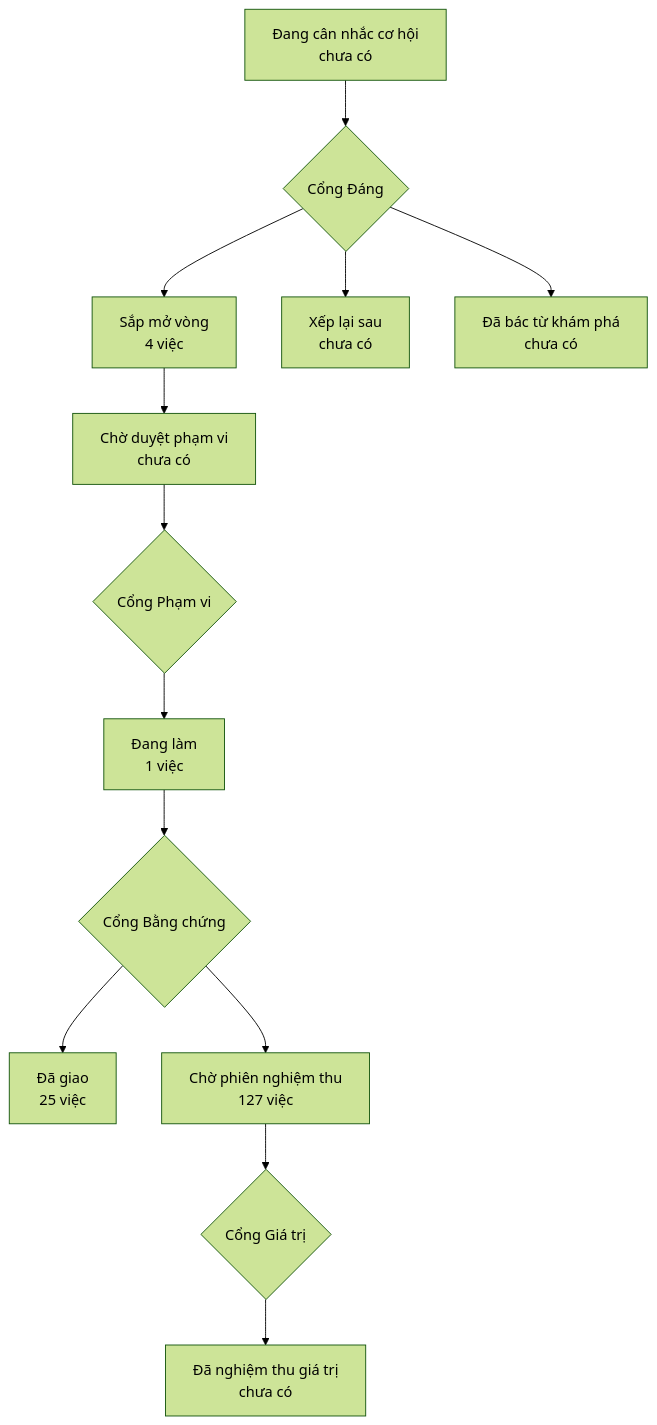
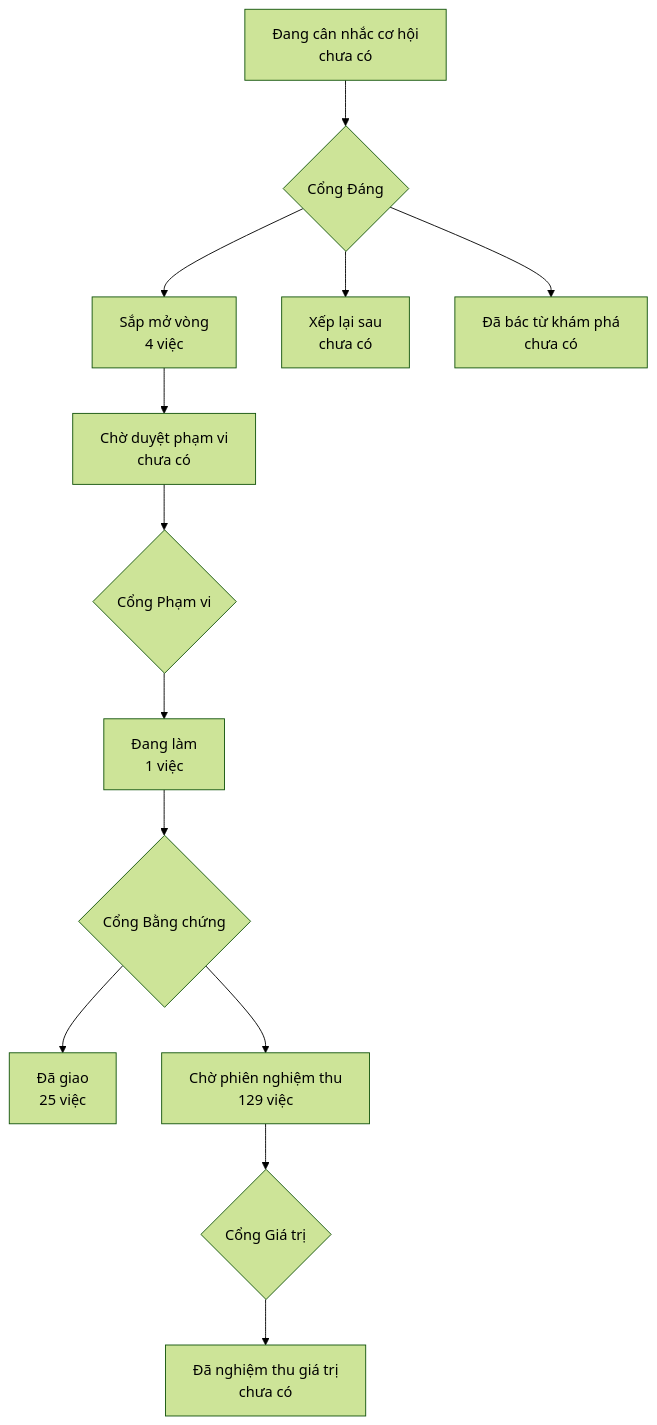
Before and after one commit to phanlemanh/onehub-quy-hang: the diagram in PRODUCT-MAP.md, drawn with Mermaid (forest theme). The commit also changed other lines of this file and 1 other file, not shown here.

Commit message:
chore: vẽ lại bản đồ sau gộp main

````diff
--- a/PRODUCT-MAP.md
+++ b/PRODUCT-MAP.md
@@ -7,12 +7,12 @@
 ```mermaid
 flowchart TD
   A["Đang cân nhắc cơ hội<br/>chưa có"] --> GD{"Cổng Đáng"}
   GD --> B["Sắp mở vòng<br/>4 việc"]
   GD --> XL["Xếp lại sau<br/>chưa có"]
   GD --> DB["Đã bác từ khám phá<br/>chưa có"]
   B --> CD["Chờ duyệt phạm vi<br/>chưa có"] --> GP{"Cổng Phạm vi"}
   GP --> DL["Đang làm<br/>1 việc"] --> GB{"Cổng Bằng chứng"}
   GB --> DG["Đã giao<br/>25 việc"]
-  GB --> CN["Chờ phiên nghiệm thu<br/>127 việc"] --> GG{"Cổng Giá trị"}
+  GB --> CN["Chờ phiên nghiệm thu<br/>129 việc"] --> GG{"Cổng Giá trị"}
   GG --> NT["Đã nghiệm thu giá trị<br/>chưa có"]
 ```
````
